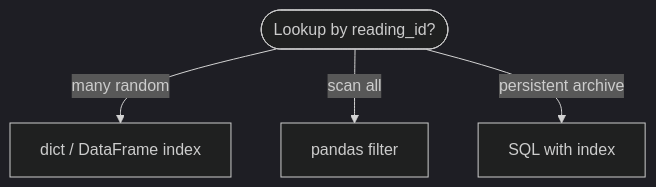
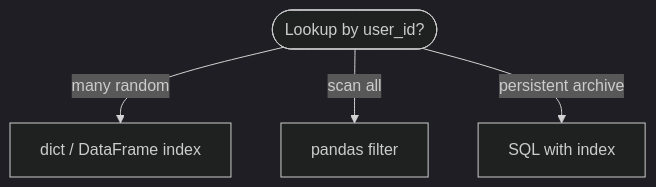
The fifth of 6 diagrams in docs/dsa/data-structures/hash-table/index.md (qgjones9/python-programming-guide), drawn with Mermaid (dark theme) before and after one commit. The commit also changed other lines of this file and 31 other files, not shown here.

````diff
--- a/docs/dsa/data-structures/hash-table/index.md
+++ b/docs/dsa/data-structures/hash-table/index.md
@@ -550,7 +549,7 @@
 ```mermaid
 flowchart TD
-  Q([Lookup by reading_id?])
-  Q -->|many random| DICT["dict / DataFrame index"]
-  Q -->|scan all| DF["pandas filter"]
-  Q -->|persistent archive| DB["SQL with index"]
+ Q([Lookup by user_id?])
+ Q -->|many random| DICT["dict / DataFrame index"]
+ Q -->|scan all| DF["pandas filter"]
+ Q -->|persistent archive| DB["SQL with index"]
 ```
````
